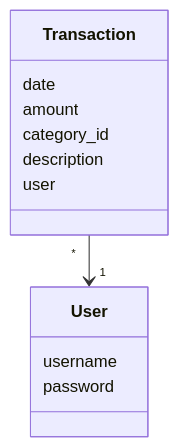
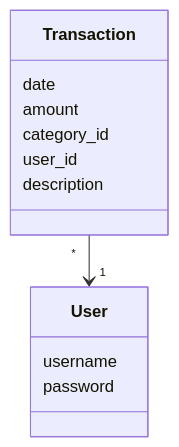
The diagram in dokumentaatio/arkkitehtuuri.md (valtterikantanen/ot-harjoitustyo), drawn with Mermaid before and after one commit. The commit also changed other lines of this file and 11 other files, not shown here.

````diff
--- a/dokumentaatio/arkkitehtuuri.md
+++ b/dokumentaatio/arkkitehtuuri.md
@@ -29,15 +28,15 @@
 ```mermaid
 classDiagram
     Transaction "*" --> "1" User
     class User{
         username
         password
     }
     class Transaction{
         date
         amount
         category_id
+        user_id
         description
-        user
     }
 ```
````
